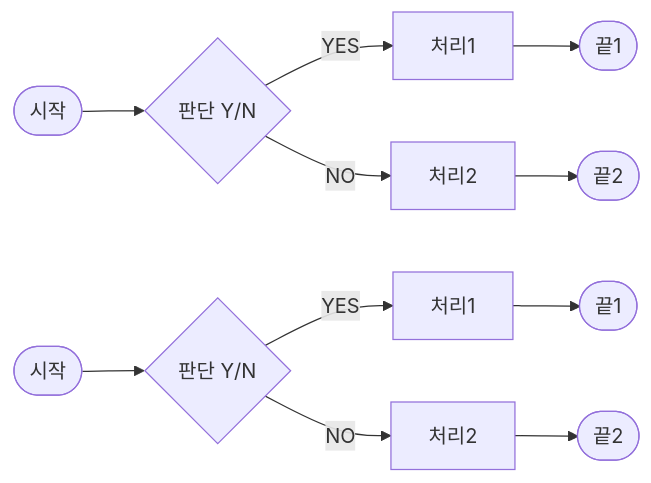
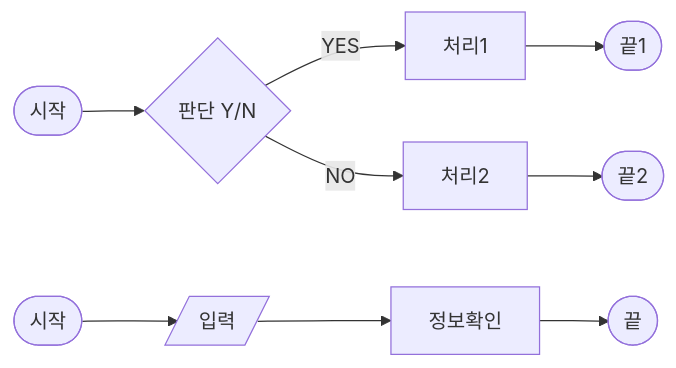
Before and after one commit to YoungriKIM/STUDY: the diagram in Study_myown/flowchart.mmd, drawn with Mermaid.

```diff
--- a/Study_myown/flowchart.mmd
+++ b/Study_myown/flowchart.mmd
@@ -1,14 +1,10 @@
 graph LR
-  A([시작]);B_1([끝1]);B_2([끝2]);C{판단 Y/N};D[처리1];E[처리2]
-  A-->C
-  C--YES-->D
-  C--NO-->E
-  D-->B_1
-  E-->B_2
+A([시작]);B_1([끝1]);B_2([끝2]);C{판단 Y/N};D[처리1];E[처리2]
+A-->C
+C--YES-->D
+C--NO-->E
+D-->B_1
+E-->B_2
 
-  node1([시작]);node_2([끝1]);node_3([끝2]);node_4{판단 Y/N};node_5[처리1];node_6[처리2]
-  node1-->node_4
-  node_4--YES-->node_5
-  node_4--NO-->node_6
-  node_5-->node_2
-  node_6-->node_3
+node1([시작]);node2([끝]);node3[/입력/];node4[정보확인]
+node1-->node3;node3-->node4;node4-->node2
```
